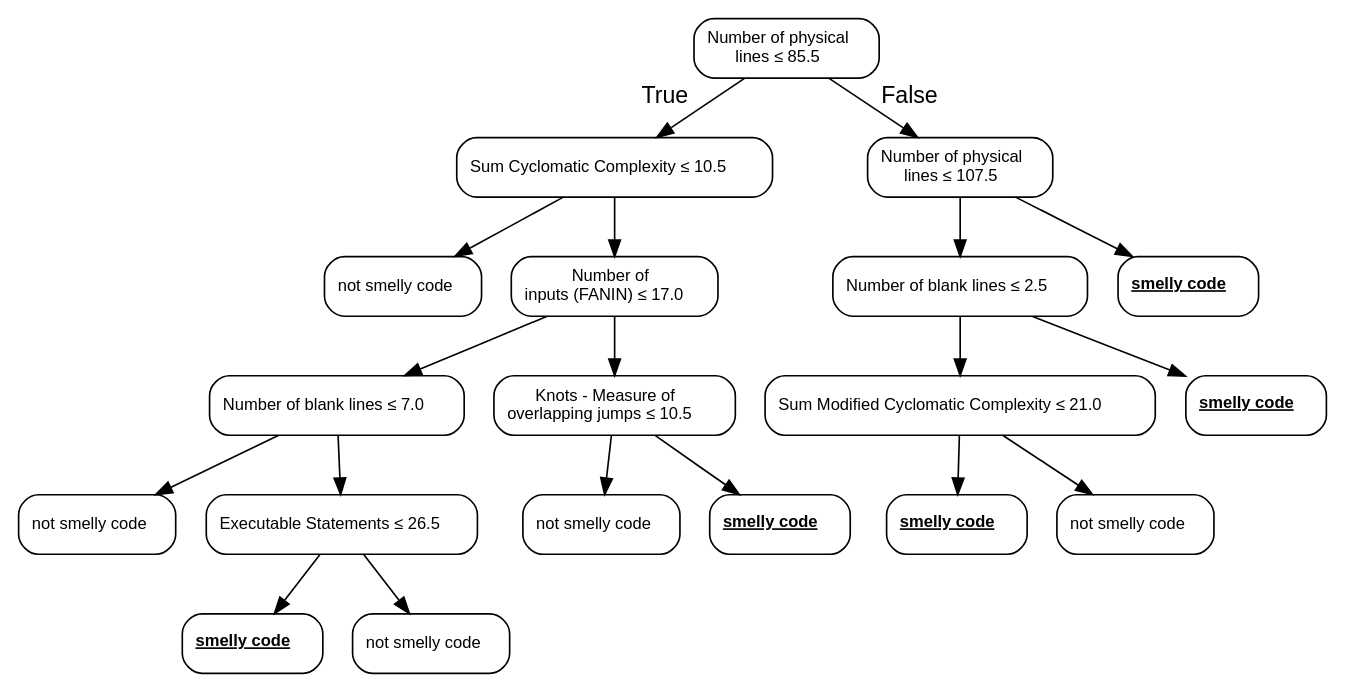
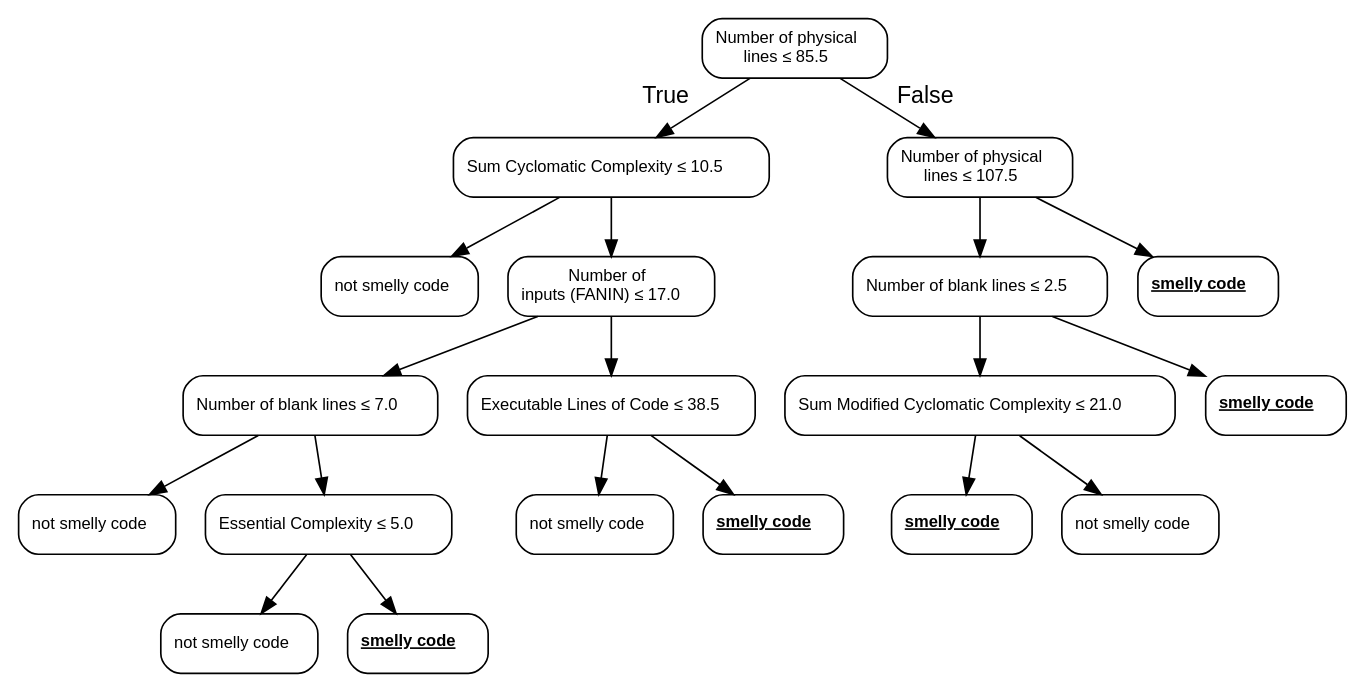
Before and after one commit to christianorossini/masterProject: the diagram in artefatos/models/dt/lm/dot/10_gini.dot, drawn with Graphviz. The commit also changed 74 other files, not shown here.

```diff
--- a/artefatos/models/dt/lm/dot/10_gini.dot
+++ b/artefatos/models/dt/lm/dot/10_gini.dot
@@ -1,41 +1,41 @@
 digraph Tree {
 node [color="black", fontname=helvetica, shape=box, style="rounded", width=0.5, fontsize=10];
 edge [fontname=helvetica];
 0 [label=<Number of physical<br/> lines &le; 85.5>];
 1 [label=<Sum Cyclomatic Complexity &le; 10.5>];
 0 -> 1  [headlabel="True", labelangle=45, labeldistance="2.5"];
 3 [label=<not smelly code>];
 1 -> 3;
 4 [label=<Number of<br/> inputs (FANIN) &le; 17.0>];
 1 -> 4;
 5 [label=<Number of blank lines &le; 7.0>];
 4 -> 5;
 9 [label=<not smelly code>];
 5 -> 9;
-10 [label=<Executable Statements &le; 26.5>];
+10 [label=<Essential Complexity &le; 5.0>];
 5 -> 10;
-17 [label=<<u><b>smelly code</b></u>>];
+17 [label=<not smelly code>];
 10 -> 17;
-18 [label=<not smelly code>];
+18 [label=<<u><b>smelly code</b></u>>];
 10 -> 18;
-6 [label=<Knots - Measure of <br/> overlapping jumps &le; 10.5>];
+6 [label=<Executable Lines of Code &le; 38.5>];
 4 -> 6;
 7 [label=<not smelly code>];
 6 -> 7;
 8 [label=<<u><b>smelly code</b></u>>];
 6 -> 8;
 2 [label=<Number of physical<br/> lines &le; 107.5>];
 0 -> 2  [headlabel="False", labelangle="-45", labeldistance="2.5"];
 11 [label=<Number of blank lines &le; 2.5>];
 2 -> 11;
 13 [label=<Sum Modified Cyclomatic Complexity &le; 21.0>];
 11 -> 13;
 15 [label=<<u><b>smelly code</b></u>>];
 13 -> 15;
 16 [label=<not smelly code>];
 13 -> 16;
 14 [label=<<u><b>smelly code</b></u>>];
 11 -> 14;
 12 [label=<<u><b>smelly code</b></u>>];
 2 -> 12;
 }
```
